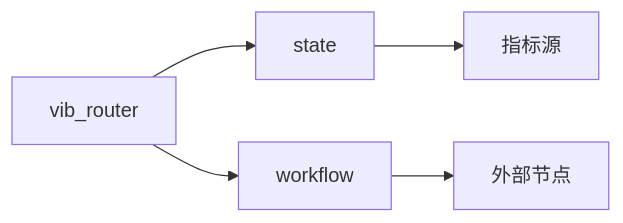
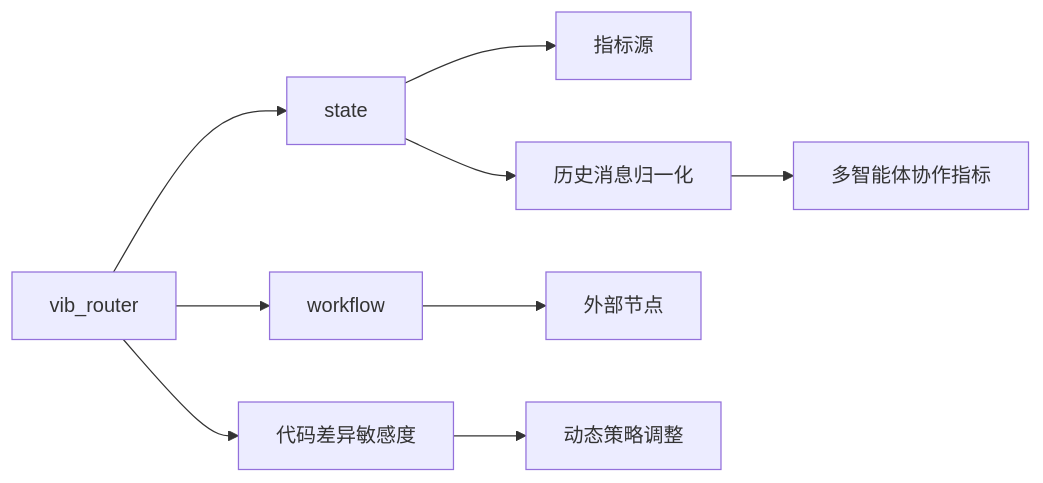
Before and after one commit to QuStarry/VIB-SparseCommunication: the sixth of 6 diagrams in .qoder/repowiki/zh/content/VIB稀疏通信核心/路由决策机制.md, drawn with Mermaid. The commit also changed other lines of this file and 31 other files, not shown here.

````diff
--- a/.qoder/repowiki/zh/content/VIB稀疏通信核心/路由决策机制.md
+++ b/.qoder/repowiki/zh/content/VIB稀疏通信核心/路由决策机制.md
@@ -292,7 +345,11 @@
 ```mermaid
 graph LR
 R["vib_router"] --> S["state"]
 R --> W["workflow"]
 S --> M["指标源"]
 W --> N["外部节点"]
+S --> H["历史消息归一化"]
+R --> C["代码差异敏感度"]
+H --> A["多智能体协作指标"]
+C --> D["动态策略调整"]
 ```
````
